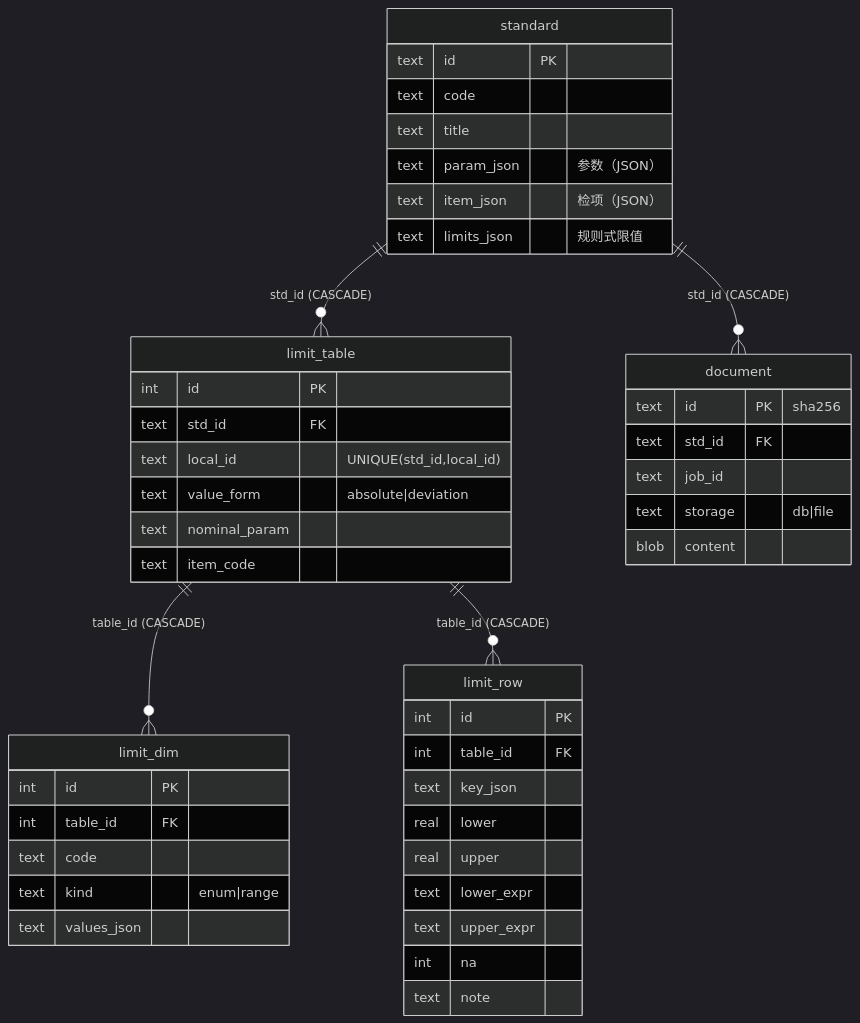
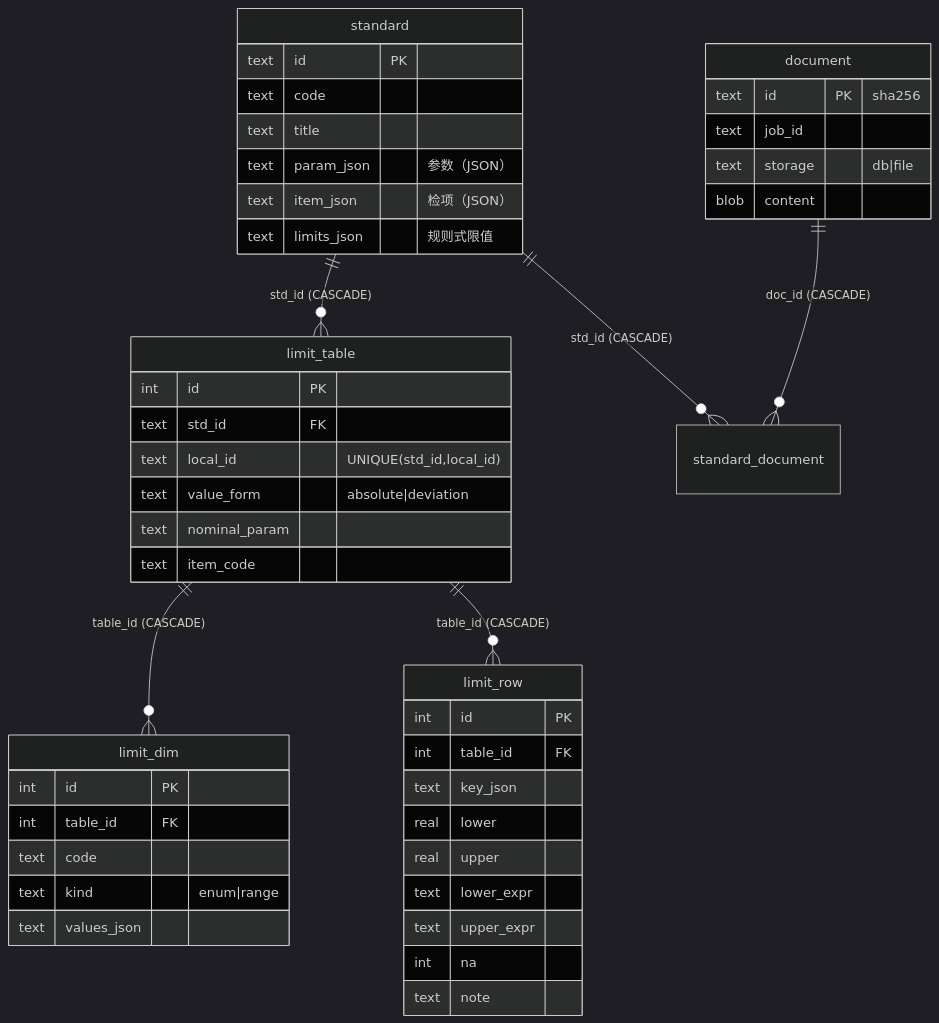
One commit to jxtanchris/product-standard-workbench changed the diagram in docs/schema.md. Above: the diagram before and after it, drawn with Mermaid (dark theme). The commit also changed other lines of this file and 7 other files, not shown here.

First line of the commit message:
feat: 原件与标准改为多对多（standard_document）

````diff
--- a/docs/schema.md
+++ b/docs/schema.md
@@ -150,49 +152,49 @@
 ```mermaid
 erDiagram
     standard ||--o{ limit_table : "std_id (CASCADE)"
     limit_table ||--o{ limit_dim  : "table_id (CASCADE)"
     limit_table ||--o{ limit_row  : "table_id (CASCADE)"
-    standard ||--o{ document      : "std_id (CASCADE)"
+    standard ||--o{ standard_document : "std_id (CASCADE)"
+    document ||--o{ standard_document : "doc_id (CASCADE)"
 
     standard {
         text id PK
         text code
         text title
         text param_json "参数（JSON）"
         text item_json  "检项（JSON）"
         text limits_json "规则式限值"
     }
     limit_table {
         int  id PK
         text std_id FK
         text local_id "UNIQUE(std_id,local_id)"
         text value_form "absolute|deviation"
         text nominal_param
         text item_code
     }
     limit_dim {
         int  id PK
         int  table_id FK
         text code
         text kind "enum|range"
         text values_json
     }
     document {
         text id PK "sha256"
-        text std_id FK
         text job_id
         text storage "db|file"
         blob content
     }
     limit_row {
         int  id PK
         int  table_id FK
         text key_json
         real lower
         real upper
         text lower_expr
         text upper_expr
         int  na
         text note
     }
 ```
````
